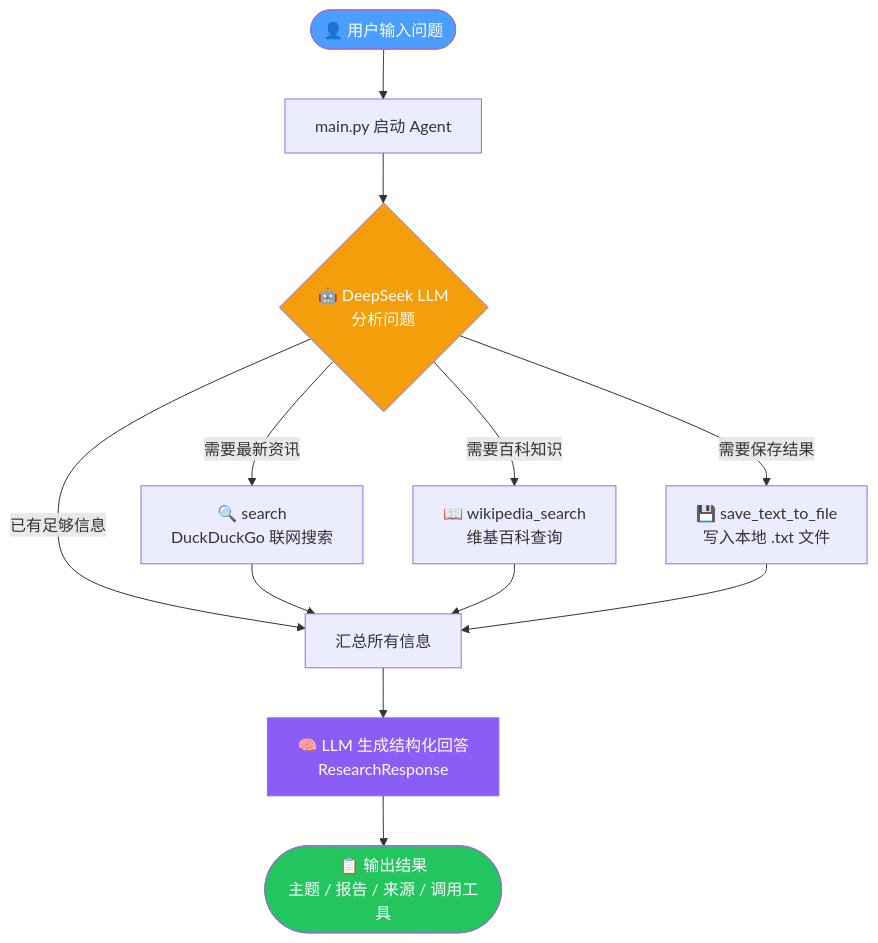
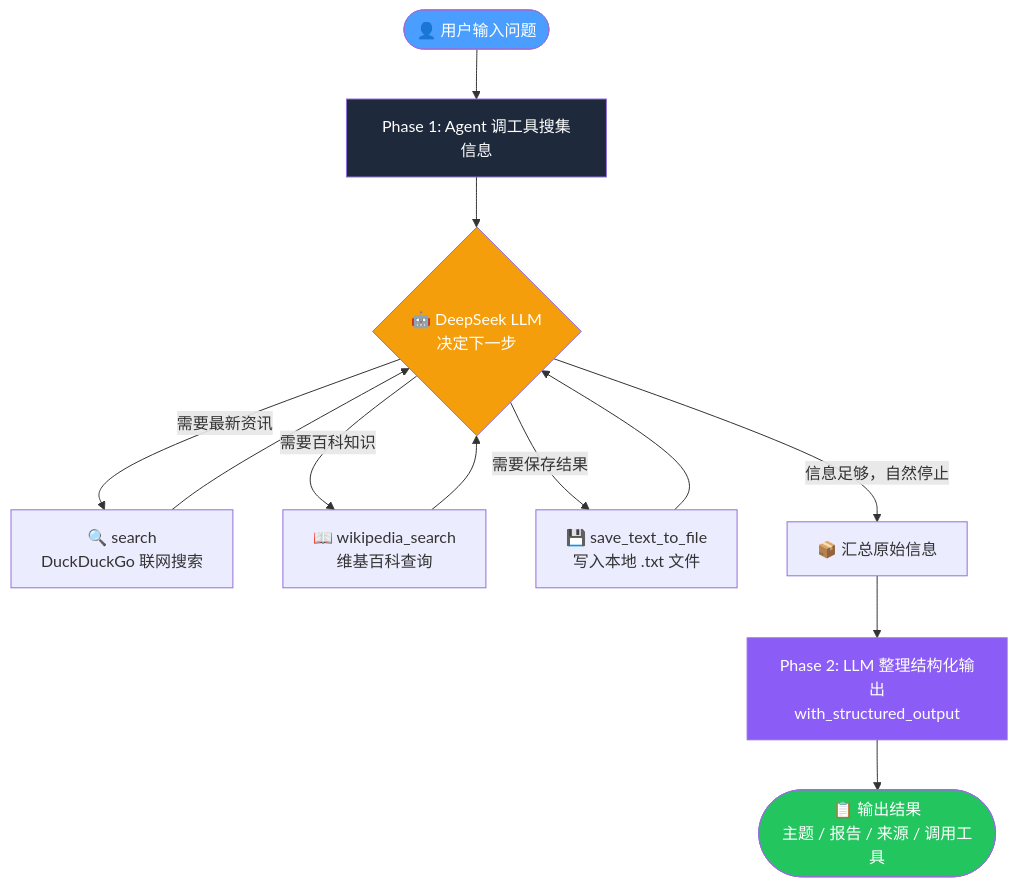
One commit to NikFranki/answer-agent changed the diagram in README.md. Above: the diagram before and after it, drawn with Mermaid. The commit also changed other lines of this file, not shown here.

Commit message:
docs: update README to reflect two-phase architecture
- Update demo output to show real-time tool call streaming
- Rewrite architecture diagram to show Phase 1 (agent loop) and Phase 2 (structured output)
- Mark streaming as completed in the roadmap

````diff
--- a/README.md
+++ b/README.md
@@ -21,18 +28,23 @@
 ```mermaid
 flowchart TD
-    A([👤 用户输入问题]) --> B[main.py 启动 Agent]
-    B --> C{🤖 DeepSeek LLM\n分析问题}
+    A([👤 用户输入问题]) --> B[Phase 1: Agent 调工具搜集信息]
+
+    B --> C{🤖 DeepSeek LLM\n决定下一步}
     C -->|需要最新资讯| D[🔍 search\nDuckDuckGo 联网搜索]
     C -->|需要百科知识| E[📖 wikipedia_search\n维基百科查询]
     C -->|需要保存结果| F[💾 save_text_to_file\n写入本地 .txt 文件]
-    C -->|已有足够信息| G[汇总所有信息]
-    D --> G
-    E --> G
-    F --> G
-    G --> H[🧠 LLM 生成结构化回答\nResearchResponse]
+    C -->|信息足够，自然停止| G
+
+    D --> C
+    E --> C
+    F --> C
+
+    G[📦 汇总原始信息] --> H[Phase 2: LLM 整理结构化输出\nwith_structured_output]
     H --> I([📋 输出结果\n主题 / 报告 / 来源 / 调用工具])
+
     style A fill:#4A9EFF,color:#fff
     style I fill:#22C55E,color:#fff
     style C fill:#F59E0B,color:#fff
     style H fill:#8B5CF6,color:#fff
+    style B fill:#1E293B,color:#fff
 ```
````
